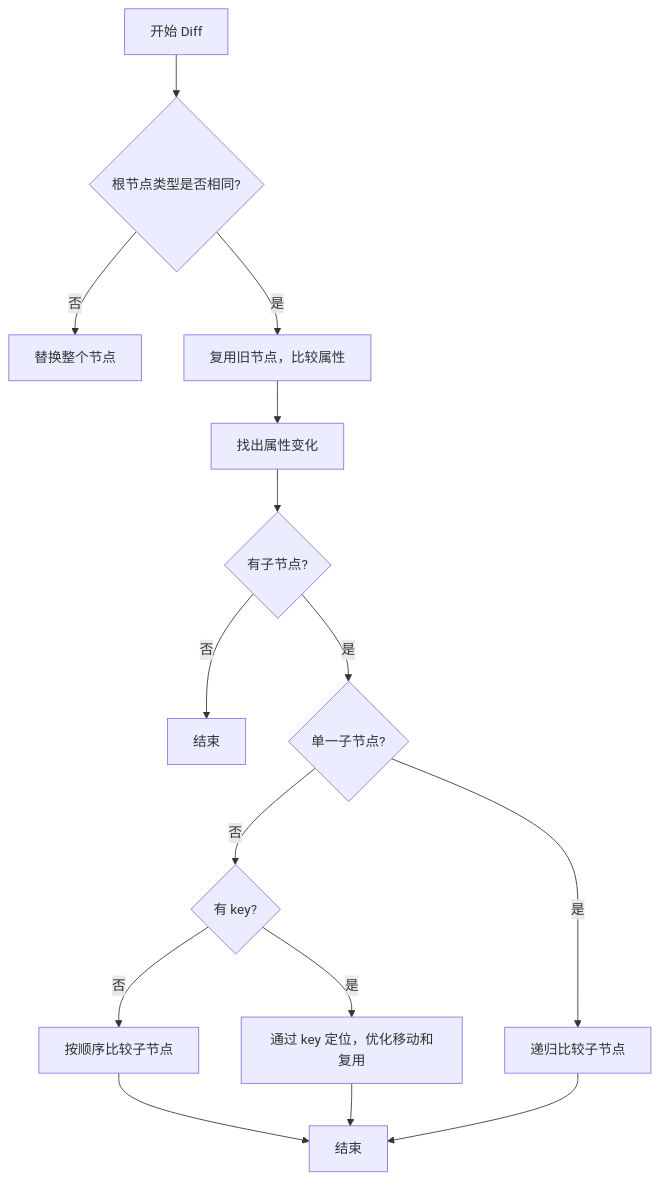
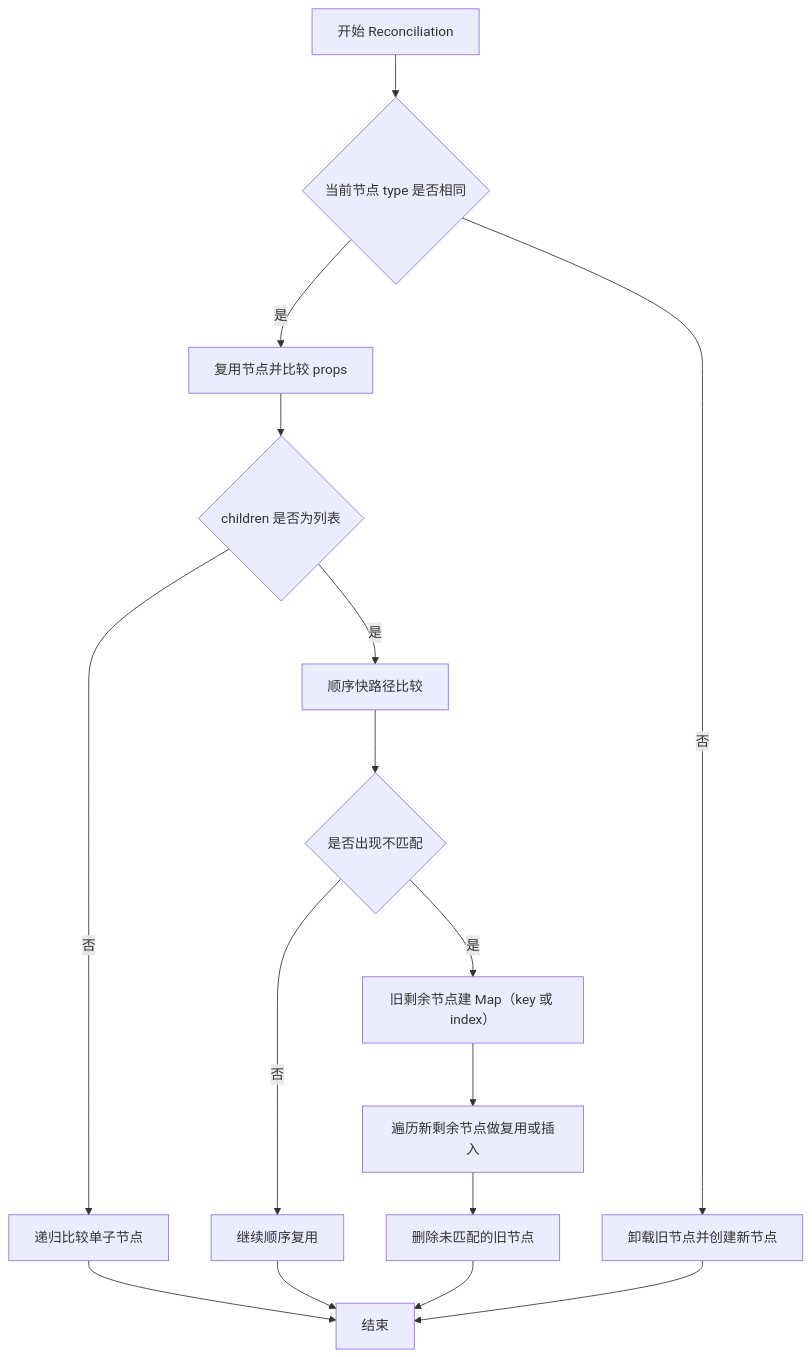
The first of 2 diagrams in react/diff.md (rideWind97/code-read), drawn with Mermaid before and after one commit. The commit also changed other lines of this file and 10 other files, not shown here.

````diff
--- a/react/diff.md
+++ b/react/diff.md
@@ -29,17 +90,18 @@
 ```mermaid
-graph TD
-    A[开始 Diff] --> B{根节点类型是否相同?}
-    B -- 否 --> C[替换整个节点]
-    B -- 是 --> D[复用旧节点，比较属性]
-    D --> E[找出属性变化]
-    E --> F{有子节点?}
-    F -- 否 --> G[结束]
-    F -- 是 --> H{单一子节点?}
-    H -- 是 --> I[递归比较子节点]
-    H -- 否 --> J{有 key?}
-    J -- 否 --> K[按顺序比较子节点]
-    J -- 是 --> L[通过 key 定位，优化移动和复用]
-    K --> M[结束]
+flowchart TD
+    A["开始 Reconciliation"] --> B{"当前节点 type 是否相同"}
+    B -->|否| C["卸载旧节点并创建新节点"]
+    B -->|是| D["复用节点并比较 props"]
+    D --> E{"children 是否为列表"}
+    E -->|否| F["递归比较单子节点"]
+    E -->|是| G["顺序快路径比较"]
+    G --> H{"是否出现不匹配"}
+    H -->|否| I["继续顺序复用"]
+    H -->|是| J["旧剩余节点建 Map（key 或 index）"]
+    J --> K["遍历新剩余节点做复用或插入"]
+    K --> L["删除未匹配的旧节点"]
+    F --> M[结束]
+    I --> M
     L --> M
-    I --> M
+    C --> M
 ```
````
